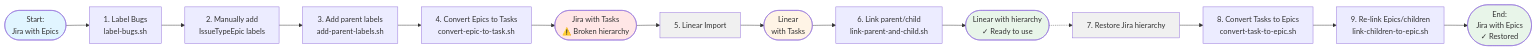
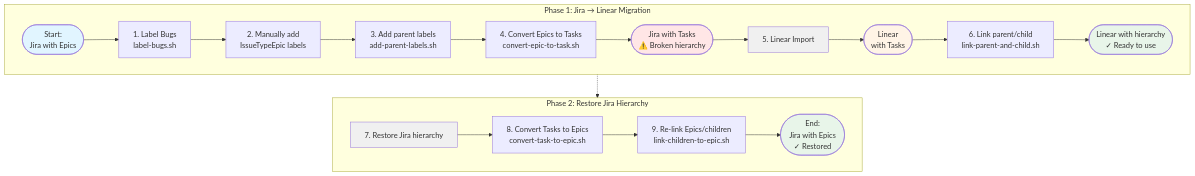
One commit to keboola/linear-migration-tools changed the diagram in README.md. Above: the diagram before and after it, drawn with Mermaid.

Commit message:
Clarify migration steps diagram with phases in README

````diff
--- a/README.md
+++ b/README.md
@@ -19,24 +19,32 @@
 ```mermaid
-graph LR
-    Start([Start:<br/>Jira with Epics]) --> Step1[1. Label Bugs<br/>label-bugs.sh]
-    Step1 --> Step2[2. Manually add<br/>IssueTypeEpic labels]
-    Step2 --> Step3[3. Add parent labels<br/>add-parent-labels.sh]
-    Step3 --> Step4[4. Convert Epics to Tasks<br/>convert-epic-to-task.sh]
-    Step4 --> BrokenJira([Jira with Tasks<br/>⚠️ Broken hierarchy])
-    BrokenJira --> Step5[5. Linear Import]
-    Step5 --> Linear([Linear<br/>with Tasks])
-    Linear --> Step6[6. Link parent/child<br/>link-parent-and-child.sh]
-    Step6 --> LinearDone([Linear with hierarchy<br/>✓ Ready to use])
-    LinearDone -.-> Step7[7. Restore Jira hierarchy]
-    Step7 --> Step8[8. Convert Tasks to Epics<br/>convert-task-to-epic.sh]
-    Step8 --> Step9[9. Re-link Epics/children<br/>link-children-to-epic.sh]
-    Step9 --> End([End:<br/>Jira with Epics<br/>✓ Restored])
+graph TB
+    subgraph Phase1["Phase 1: Jira → Linear Migration"]
+        direction LR
+        Start([Start:<br/>Jira with Epics]) --> Step1[1. Label Bugs<br/>label-bugs.sh]
+        Step1 --> Step2[2. Manually add<br/>IssueTypeEpic labels]
+        Step2 --> Step3[3. Add parent labels<br/>add-parent-labels.sh]
+        Step3 --> Step4[4. Convert Epics to Tasks<br/>convert-epic-to-task.sh]
+        Step4 --> BrokenJira([Jira with Tasks<br/>⚠️ Broken hierarchy])
+        BrokenJira --> Step5[5. Linear Import]
+        Step5 --> Linear([Linear<br/>with Tasks])
+        Linear --> Step6[6. Link parent/child<br/>link-parent-and-child.sh]
+        Step6 --> LinearDone([Linear with hierarchy<br/>✓ Ready to use])
+    end
+
+    subgraph Phase2["Phase 2: Restore Jira Hierarchy"]
+        direction LR
+        Step7[7. Restore Jira hierarchy] --> Step8[8. Convert Tasks to Epics<br/>convert-task-to-epic.sh]
+        Step8 --> Step9[9. Re-link Epics/children<br/>link-children-to-epic.sh]
+        Step9 --> End([End:<br/>Jira with Epics<br/>✓ Restored])
+    end
+
+    LinearDone -.-> Step7
 
     style Start fill:#e1f5ff
     style BrokenJira fill:#ffe6e6
     style Linear fill:#fff4e6
     style LinearDone fill:#e8f5e9
     style End fill:#e8f5e9
     style Step5 fill:#f0f0f0
     style Step7 fill:#f0f0f0
 ```
````
